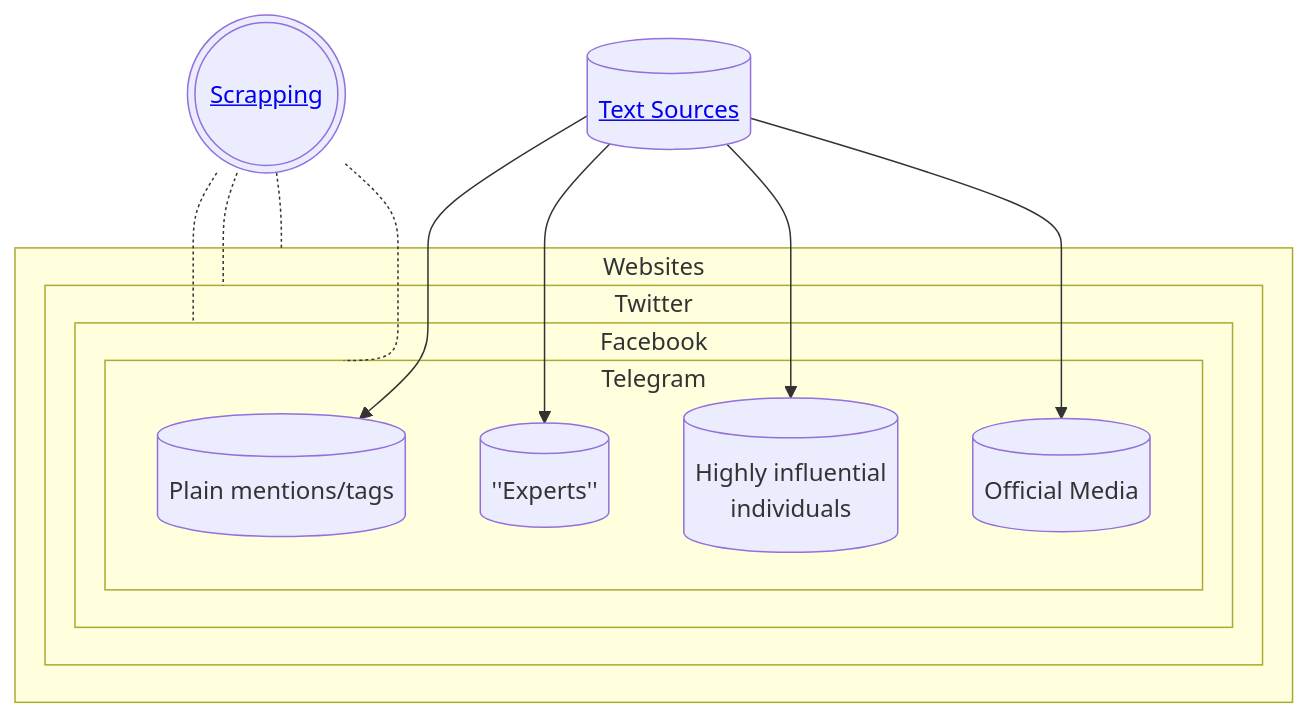
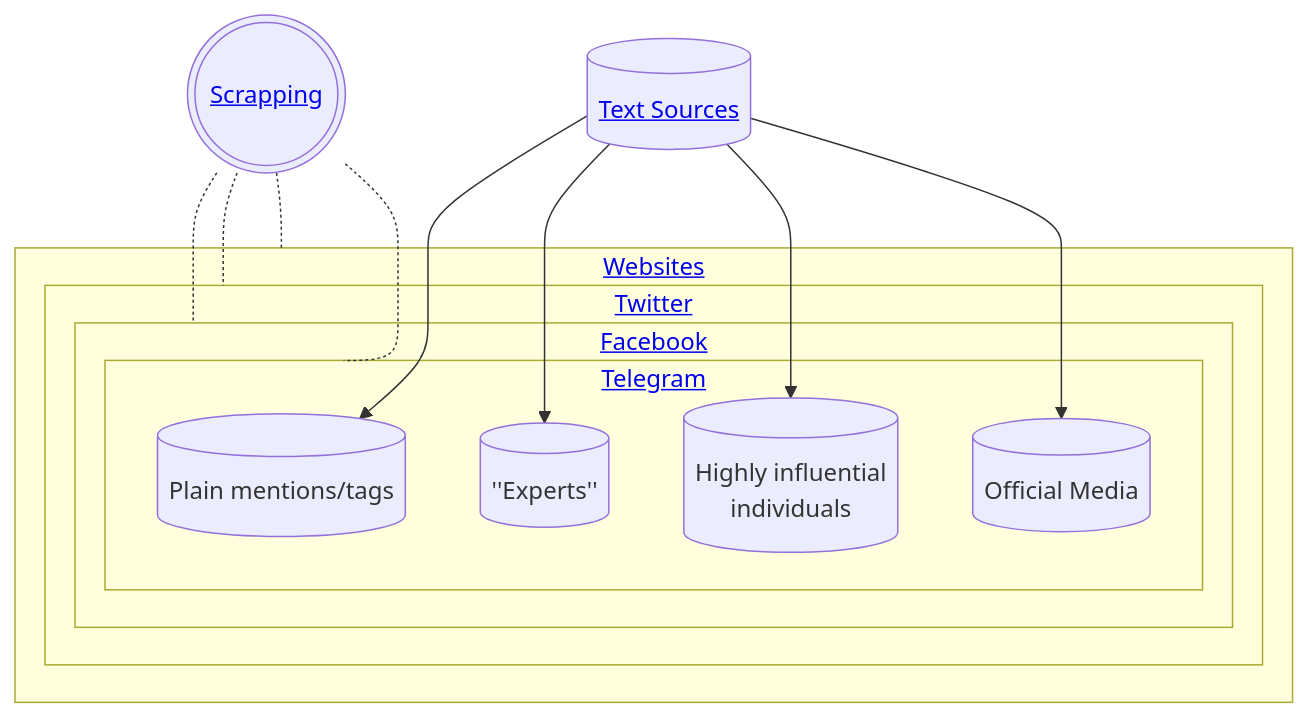
Before and after one commit to completelyboofyblitzed/STOCK-MARKET-NLP: the second of 2 diagrams in README.md, drawn with Mermaid. The commit also changed other lines of this file, not shown here.

````diff
--- a/README.md
+++ b/README.md
@@ -43,29 +43,27 @@
 ```mermaid
 %%{init: {"theme": "default","fontFamily": "cursive", "sequence": { "securityLevel":"loose" }}}%%
 graph TD
     classDef containers fill:#E6E1F7
-    %% Nw(((Websites)))
-    %% Tw(((Tweets)))
     Sc(((<a href='https://github.com/completelyboofyblitzed/NLP-in-STOCK-MARKET/blob/main/README.md#scrapping'>Scrapping</a>)))
     Ts[(<a href='https://github.com/completelyboofyblitzed/NLP-in-STOCK-MARKET/blob/main/README.md#text-sources'>Text Sources</a>)]
-    subgraph Ws [Websites]
-        subgraph Tw [Twitter]
-            subgraph Fb [Facebook]
-                subgraph Tg [Telegram]
+    subgraph Ws [<a href='https://github.com/completelyboofyblitzed/NLP-in-STOCK-MARKET/blob/main/README.md#websites'>Websites</a>]
+        subgraph Tw [<a href='https://github.com/completelyboofyblitzed/NLP-in-STOCK-MARKET/blob/main/README.md#websites'>Twitter</a>]
+            subgraph Fb [<a href='https://github.com/completelyboofyblitzed/NLP-in-STOCK-MARKET/blob/main/README.md#websites'>Facebook</a>]
+                subgraph Tg [<a href='https://github.com/completelyboofyblitzed/NLP-in-STOCK-MARKET/blob/main/README.md#websites'>Telegram</a>]
                 Cm[(Plain mentions/tags)]
                 Ex[("''Experts''")]
                 In[(Highly influential<br> individuals)]
                 Of[(Official Media)]
                 end
             end
         end
     end
     Ts-->Cm
     Ts-->Ex
     Ts-->In
     Ts-->Of
     Sc-.-Fb
     Sc-.-Tw
     Sc-.-Ws
     Sc-.-Tg
 ```
````
